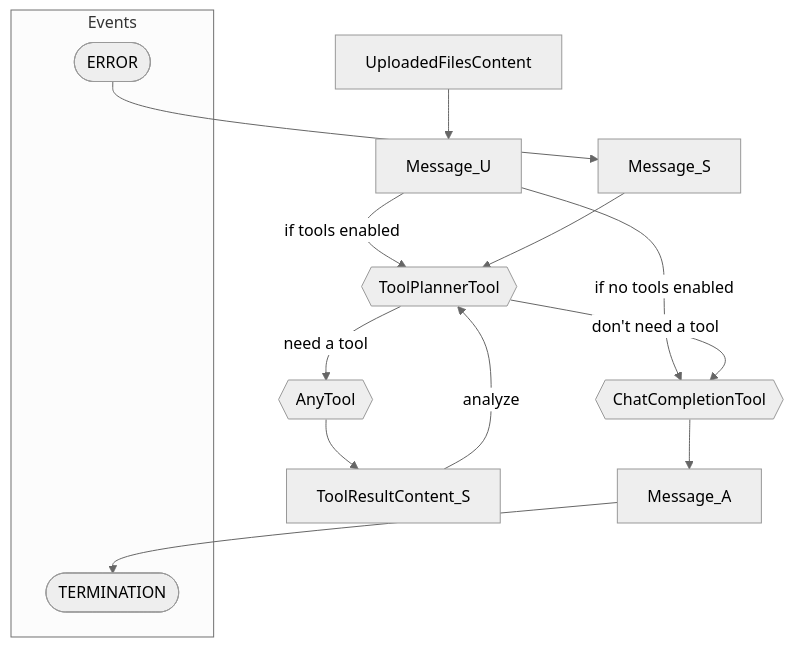
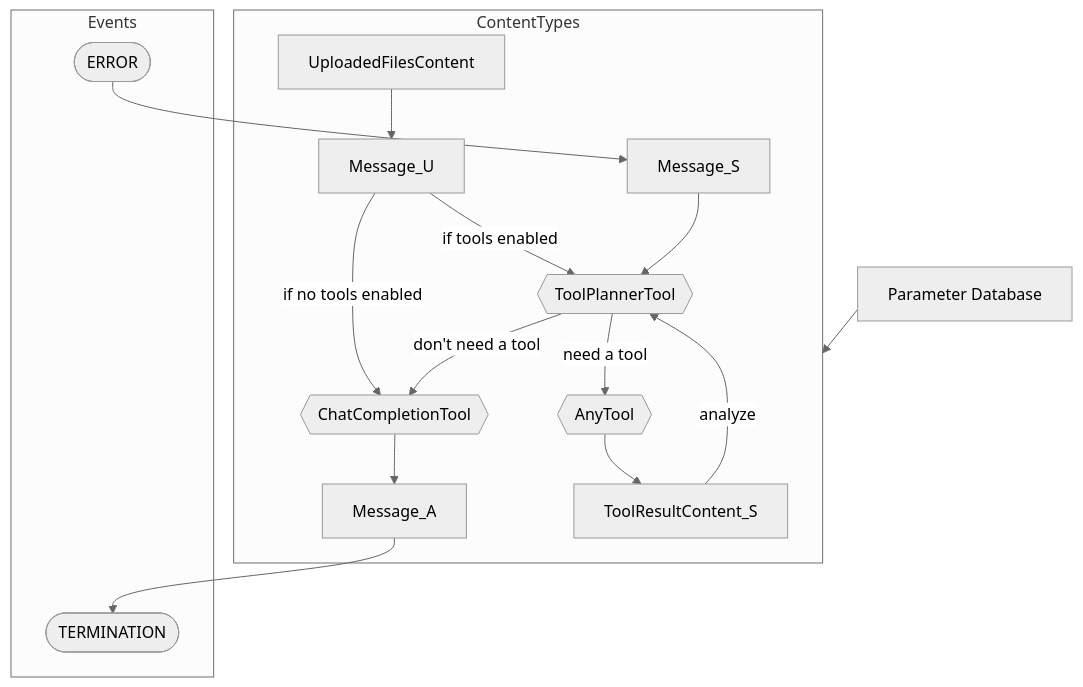
The third of 3 diagrams in public/docs/conversations/taskyon_description.md (Xyntopia/taskyon), drawn with Mermaid (neutral theme) before and after one commit.

Commit message:
update new version grpah...

````diff
--- a/public/docs/conversations/taskyon_description.md
+++ b/public/docs/conversations/taskyon_description.md
@@ -146,30 +146,33 @@
 ```mermaid
 flowchart TD
-  cct{{ChatCompletionTool}}
-  tpt{{ToolPlannerTool}}
-  at{{AnyTool}}
-  Error_S
-  Message_U
-  Message_A
-  Message_S
-  ToolResultContent_S
-  UploadedFilesContent
+  subgraph ContentTypes
+    cct{{ChatCompletionTool}}
+    tpt{{ToolPlannerTool}}
+    at{{AnyTool}}
+    Message_U
+    Message_A
+    Message_S
+    ToolResultContent_S
+    UploadedFilesContent
+  end
 
   subgraph Events
       TERMINATION([TERMINATION])
       Error_S([ERROR])
   end
+
+  paramdb["Parameter Database"] --> ContentTypes
 
   UploadedFilesContent --> Message_U
   Message_U -- if no tools enabled --> cct
   Message_U -- if tools enabled --> tpt
   tpt -- don't need a tool--> cct
   tpt -- need a tool --> at
   at --> ToolResultContent_S
   ToolResultContent_S -- analyze --> tpt
   Error_S --> Message_S
   Message_S --> tpt
   Message_A --> TERMINATION
   cct --> Message_A
 
 ```
````
